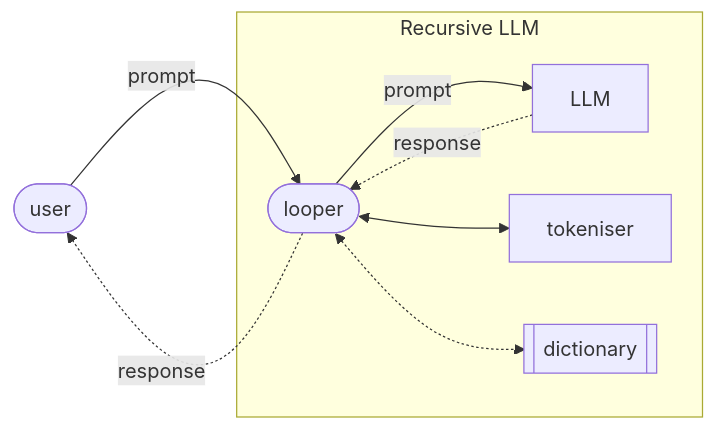
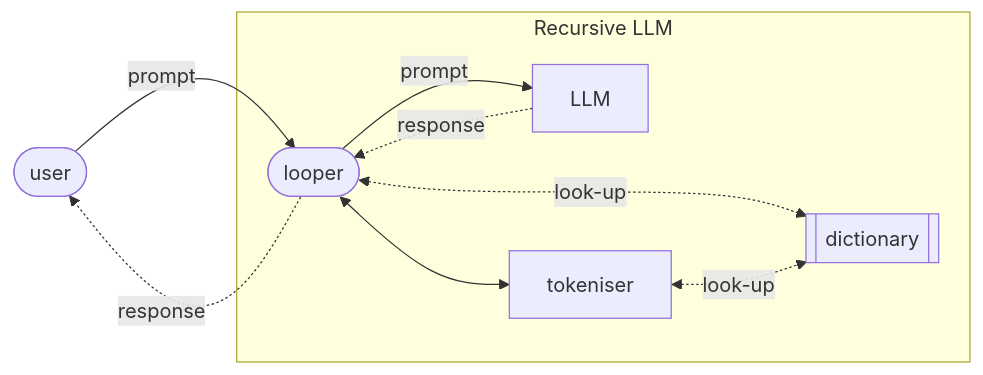
One commit to conmaol/maglocunus changed the fifth of 5 diagrams in l/LLMs.md. Above: the diagram before and after it, drawn with Mermaid. The commit also changed other lines of this file, not shown here.

````diff
--- a/l/LLMs.md
+++ b/l/LLMs.md
@@ -175,17 +175,18 @@
 ```mermaid
 graph LR
   user(["user"])
   subgraph "Recursive LLM"
     looper(["looper"])
     llm["LLM"]
     looper -- "prompt" --> llm
     llm -. "response" .-> looper
     tokeniser["tokeniser"]
     looper <--> tokeniser
     dictionary[["dictionary"]]
-    looper <-.-> dictionary
+    looper <-. "look-up" .-> dictionary
+    tokeniser <-. "look-up" .-> dictionary
     end
   user -- "prompt" --> looper
   looper -. "response" .-> user
 
 ```
````
